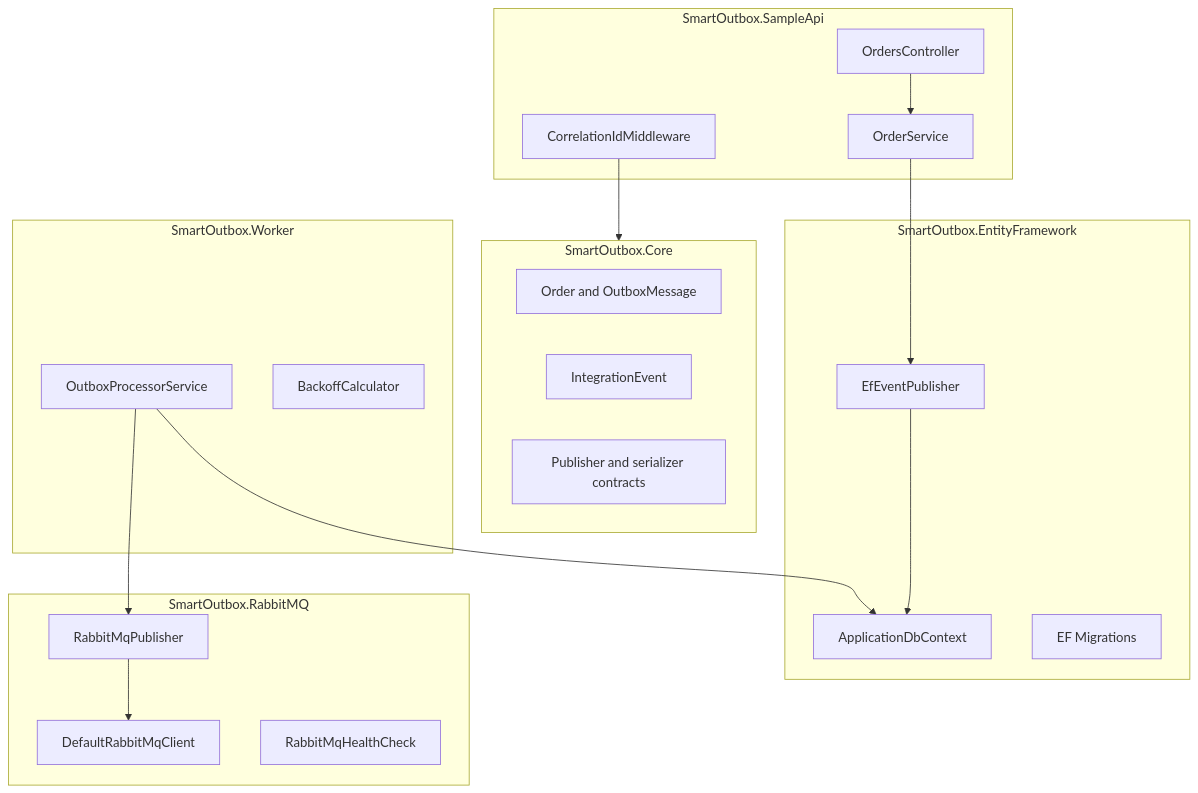
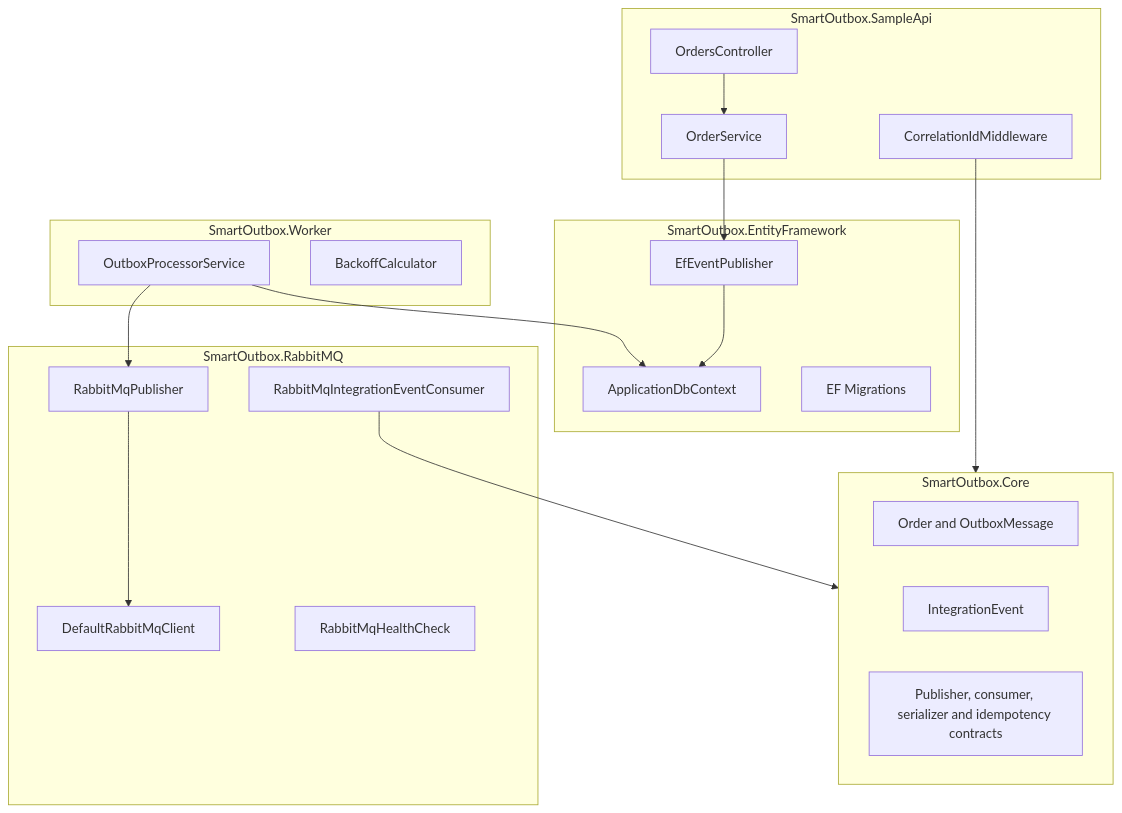
One commit to MelqueLord/SmartOutbox.NET changed the diagram in docs/ARCHITECTURE.md. Above: the diagram before and after it, drawn with Mermaid. The commit also changed other lines of this file and 4 other files, not shown here.

````diff
--- a/docs/ARCHITECTURE.md
+++ b/docs/ARCHITECTURE.md
@@ -5,39 +5,41 @@
 ```mermaid
 flowchart TB
     subgraph API["SmartOutbox.SampleApi"]
         Controller[OrdersController]
         OrderService[OrderService]
         Middleware[CorrelationIdMiddleware]
     end
 
     subgraph Core["SmartOutbox.Core"]
         Entities[Order and OutboxMessage]
         Events[IntegrationEvent]
-        Abstractions[Publisher and serializer contracts]
+        Abstractions[Publisher, consumer, serializer and idempotency contracts]
     end
 
     subgraph EF["SmartOutbox.EntityFramework"]
         DbContext[ApplicationDbContext]
         EfPublisher[EfEventPublisher]
         Migrations[EF Migrations]
     end
 
     subgraph Worker["SmartOutbox.Worker"]
         Processor[OutboxProcessorService]
         Backoff[BackoffCalculator]
     end
 
     subgraph Messaging["SmartOutbox.RabbitMQ"]
         Publisher[RabbitMqPublisher]
         Client[DefaultRabbitMqClient]
         Health[RabbitMqHealthCheck]
+        Consumer[RabbitMqIntegrationEventConsumer]
     end
 
     Controller --> OrderService
     Middleware --> Core
     OrderService --> EfPublisher
     EfPublisher --> DbContext
     Processor --> DbContext
     Processor --> Publisher
     Publisher --> Client
+    Consumer --> Core
 ```
````
